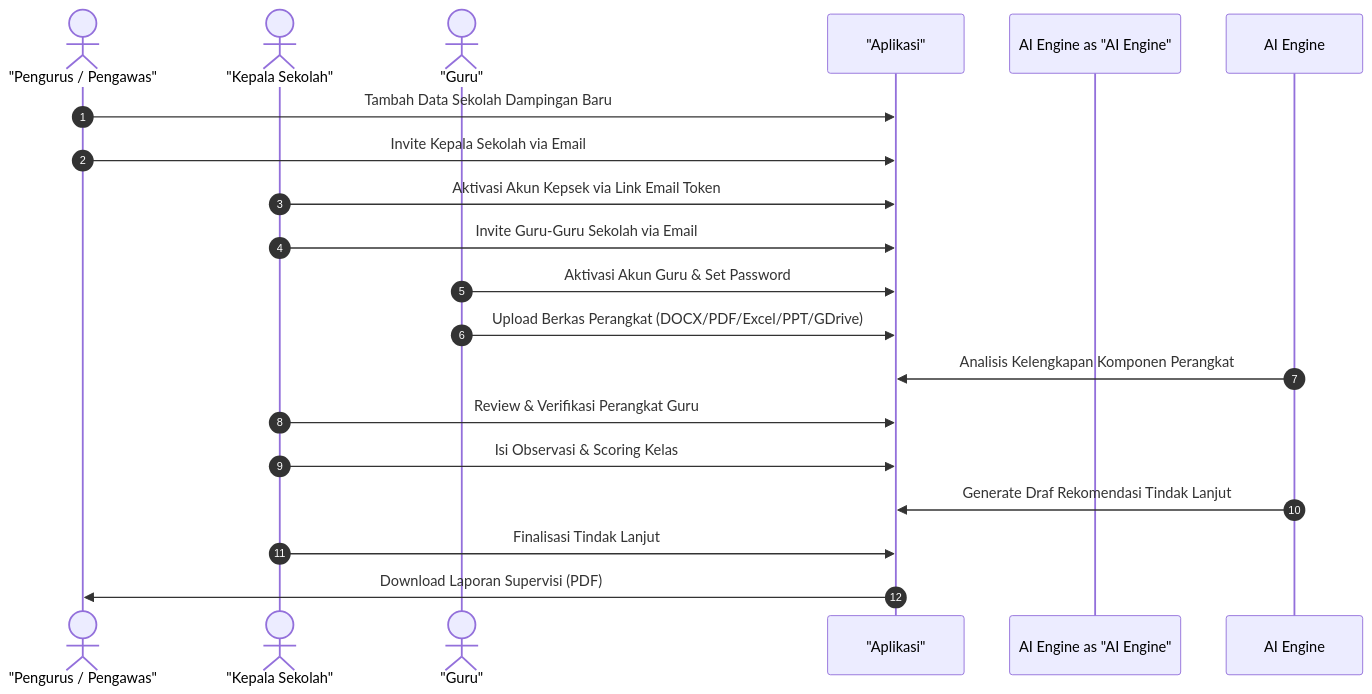
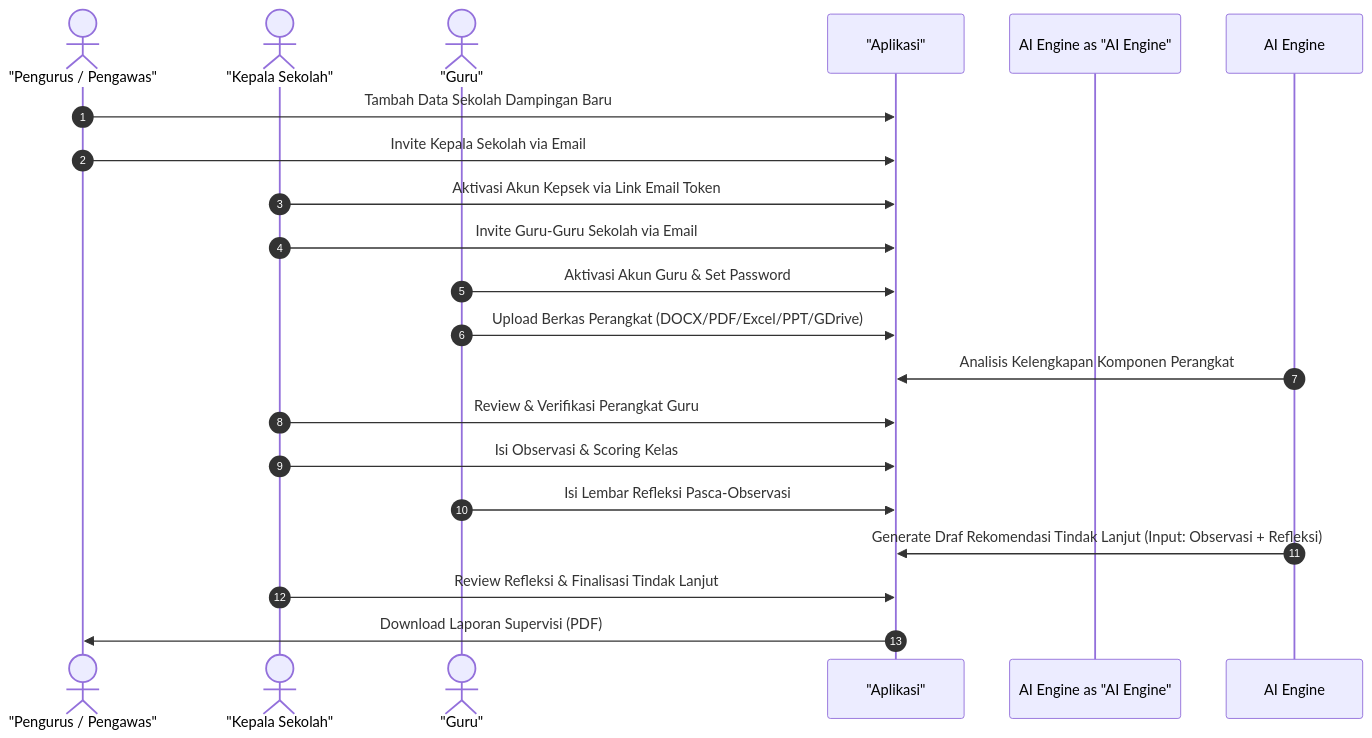
The second of 2 diagrams in docs/01-gambaran-umum-produk.md (Hnzsama/supervisi_sekolah), drawn with Mermaid before and after one commit. The commit also changed other lines of this file and 13 other files, not shown here.

Commit message:
docs: tambahkan tahap refleksi guru pasca-observasi kelas dan pertimbangan tindak lanjut

````diff
--- a/docs/01-gambaran-umum-produk.md
+++ b/docs/01-gambaran-umum-produk.md
@@ -48,22 +50,23 @@
 ```mermaid
 sequenceDiagram
     autonumber
     actor Pengawas as "Pengurus / Pengawas"
     actor Kepsek as "Kepala Sekolah"
     actor Guru as "Guru"
     participant App as "Aplikasi"
     participant AI Engine as "AI Engine"
 
     Pengawas->>App: Tambah Data Sekolah Dampingan Baru
     Pengawas->>App: Invite Kepala Sekolah via Email
     Kepsek->>App: Aktivasi Akun Kepsek via Link Email Token
     Kepsek->>App: Invite Guru-Guru Sekolah via Email
     Guru->>App: Aktivasi Akun Guru & Set Password
     Guru->>App: Upload Berkas Perangkat (DOCX/PDF/Excel/PPT/GDrive)
     AI Engine->>App: Analisis Kelengkapan Komponen Perangkat
     Kepsek->>App: Review & Verifikasi Perangkat Guru
     Kepsek->>App: Isi Observasi & Scoring Kelas
-    AI Engine->>App: Generate Draf Rekomendasi Tindak Lanjut
-    Kepsek->>App: Finalisasi Tindak Lanjut
+    Guru->>App: Isi Lembar Refleksi Pasca-Observasi
+    AI Engine->>App: Generate Draf Rekomendasi Tindak Lanjut (Input: Observasi + Refleksi)
+    Kepsek->>App: Review Refleksi & Finalisasi Tindak Lanjut
     App->>Pengawas: Download Laporan Supervisi (PDF)
 ```
````
